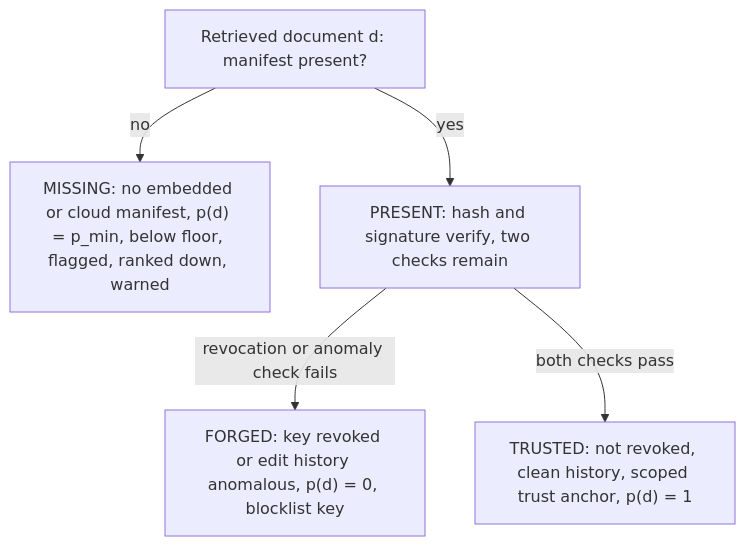
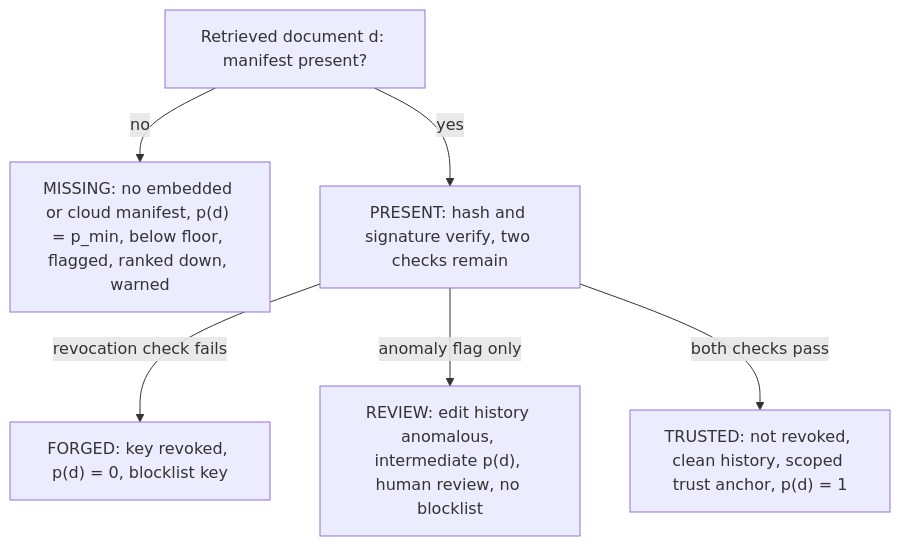
The second of 6 diagrams in chapters/36_provenance_and_adversarial_robustness.md (arunshar/rag-interview-chapters), drawn with Mermaid before and after one commit. The commit also changed other lines of this file and 132 other files, not shown here.

````diff
--- a/chapters/36_provenance_and_adversarial_robustness.md
+++ b/chapters/36_provenance_and_adversarial_robustness.md
@@ -628,12 +627,13 @@
 ```mermaid
 flowchart TD
     D["Retrieved document d: manifest present?"]
     M["MISSING: no embedded or cloud manifest, p(d) = p_min, below floor, flagged, ranked down, warned"]
     P["PRESENT: hash and signature verify, two checks remain"]
-    F["FORGED: key revoked or edit history anomalous, p(d) = 0, blocklist key"]
+    F["FORGED: key revoked, p(d) = 0, blocklist key"]
     T["TRUSTED: not revoked, clean history, scoped trust anchor, p(d) = 1"]
     D -->|no| M
     D -->|yes| P
-    P -->|revocation or anomaly check fails| F
+    P -->|revocation check fails| F
+    P -->|anomaly flag only| R["REVIEW: edit history anomalous, intermediate p(d), human review, no blocklist"]
     P -->|both checks pass| T
 ```
````
